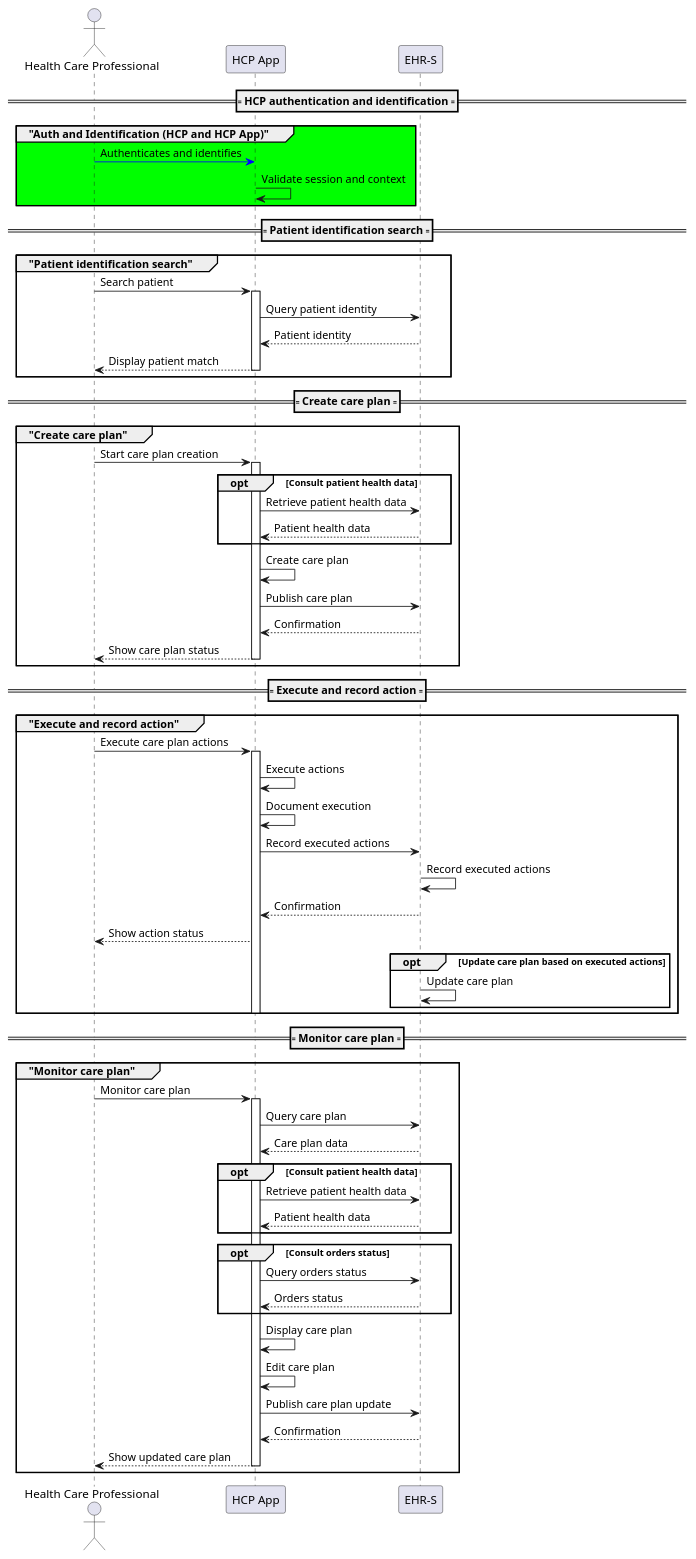
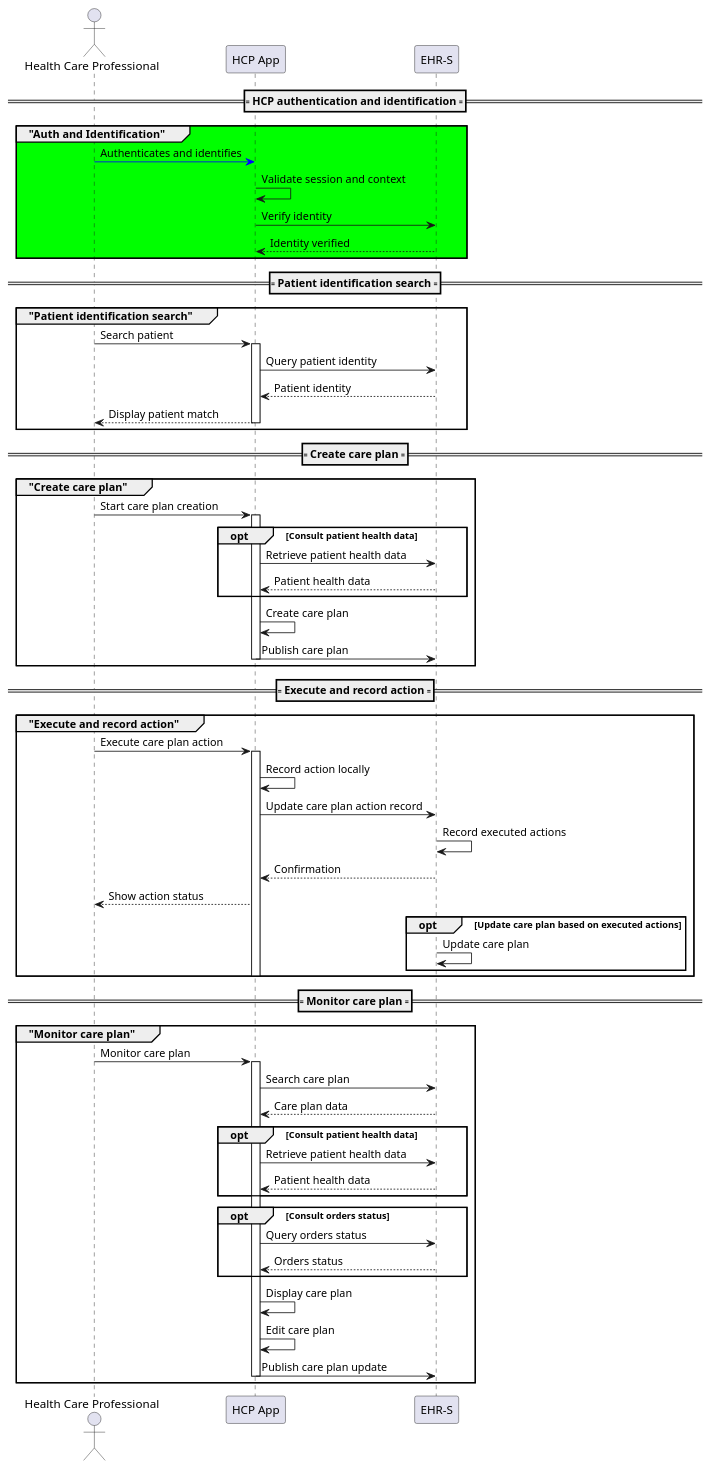
One commit to hl7-eu/xshare-careplan changed the diagram in input/images-source/seq-hcp-actions.plantuml. Above: the diagram before and after it, drawn with PlantUML. The commit also changed 2 other files, not shown here.

Commit message:
refactor sequence diagrams for HCP and Patient actions

```diff
--- a/input/images-source/seq-hcp-actions.plantuml
+++ b/input/images-source/seq-hcp-actions.plantuml
@@ -1,75 +1,72 @@
 @startuml
 actor "Health Care Professional" as HCP
 participant "HCP App" as HCP_APP
 participant "EHR-S" as EHR_S
 
 ==== HCP authentication and identification ====
-group #00FF00 "Auth and Identification (HCP and HCP App)"
+group #00FF00 "Auth and Identification"
 HCP -[#blue]> HCP_APP: Authenticates and identifies
 HCP_APP -> HCP_APP: Validate session and context
+HCP_APP -> EHR_S: Verify identity
+EHR_S --> HCP_APP: Identity verified
 end group
 
 ==== Patient identification search ====
 group "Patient identification search"
 HCP -> HCP_APP: Search patient
 activate HCP_APP
 HCP_APP -> EHR_S: Query patient identity
 EHR_S --> HCP_APP: Patient identity
 HCP_APP --> HCP: Display patient match
 deactivate HCP_APP
 end group
 
 ==== Create care plan ====
 group "Create care plan"
 HCP -> HCP_APP: Start care plan creation
 activate HCP_APP
 opt Consult patient health data
 HCP_APP -> EHR_S: Retrieve patient health data
 EHR_S --> HCP_APP: Patient health data
 end opt
 HCP_APP -> HCP_APP: Create care plan
 HCP_APP -> EHR_S: Publish care plan
-EHR_S --> HCP_APP: Confirmation
-HCP_APP --> HCP: Show care plan status
 deactivate HCP_APP
 end group
 
 ==== Execute and record action ====
 group "Execute and record action"
-HCP -> HCP_APP: Execute care plan actions
+HCP -> HCP_APP: Execute care plan action
 activate HCP_APP
-HCP_APP -> HCP_APP: Execute actions
-HCP_APP -> HCP_APP: Document execution
-HCP_APP -> EHR_S: Record executed actions
+HCP_APP -> HCP_APP: Record action locally
+HCP_APP -> EHR_S: Update care plan action record
 EHR_S -> EHR_S: Record executed actions
 EHR_S --> HCP_APP: Confirmation
 HCP_APP --> HCP: Show action status
 opt Update care plan based on executed actions
 EHR_S -> EHR_S: Update care plan
 end opt
 deactivate HCP_APP
 end group
 
 ==== Monitor care plan ====
 group "Monitor care plan"
 HCP -> HCP_APP: Monitor care plan
 activate HCP_APP
-HCP_APP -> EHR_S: Query care plan
+HCP_APP -> EHR_S: Search care plan
 EHR_S --> HCP_APP: Care plan data
 opt Consult patient health data
 HCP_APP -> EHR_S: Retrieve patient health data
 EHR_S --> HCP_APP: Patient health data
 end opt
 opt Consult orders status
 HCP_APP -> EHR_S: Query orders status
 EHR_S --> HCP_APP: Orders status
 end opt
 HCP_APP -> HCP_APP: Display care plan
 HCP_APP -> HCP_APP: Edit care plan
 HCP_APP -> EHR_S: Publish care plan update
-EHR_S --> HCP_APP: Confirmation
-HCP_APP --> HCP: Show updated care plan
 deactivate HCP_APP
 end group
 
 @enduml
```
